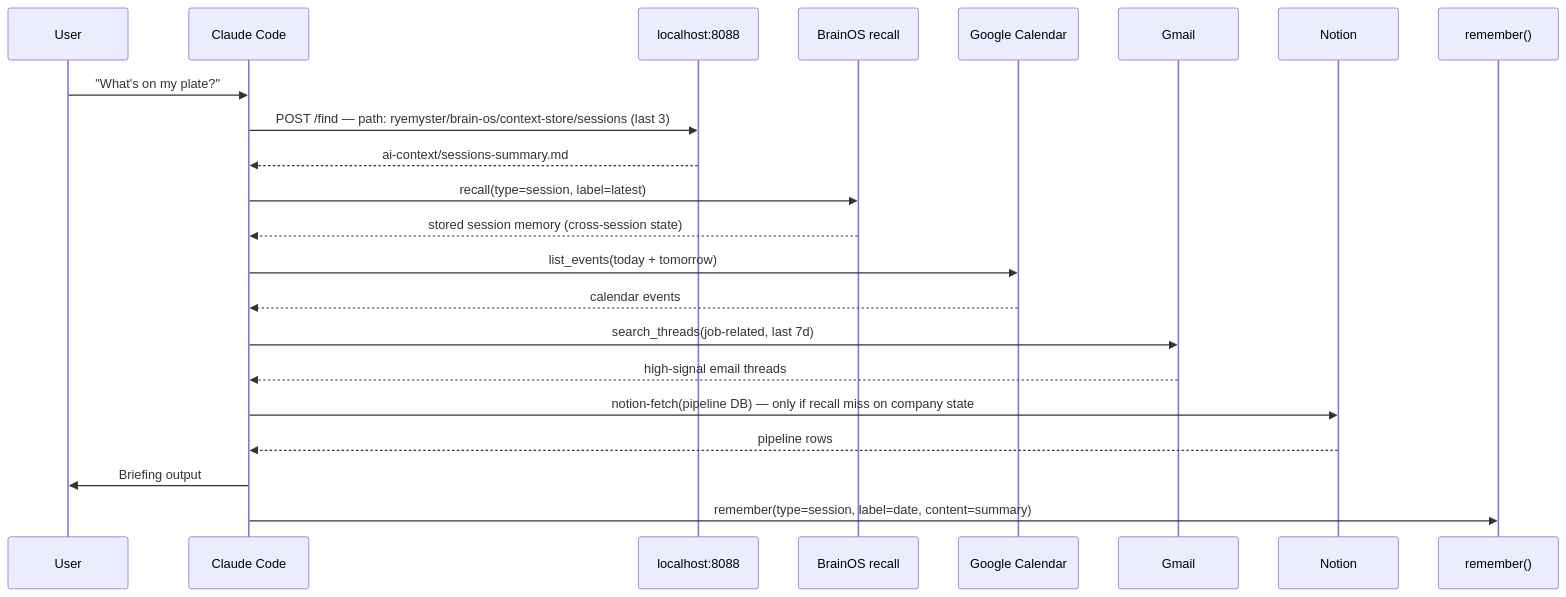
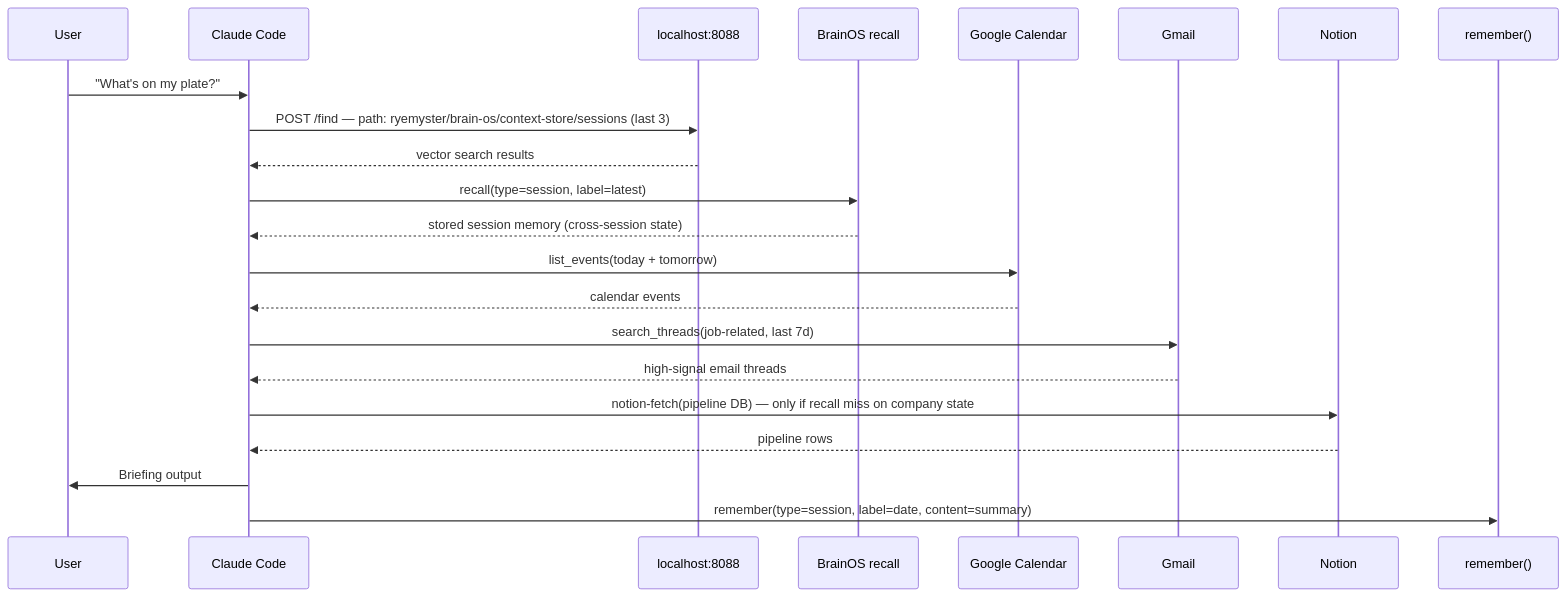
One commit to ryemyster/brain-os changed the second of 5 diagrams in .claude/ARCHITECTURE.md. Above: the diagram before and after it, drawn with Mermaid. The commit also changed other lines of this file and 31 other files, not shown here.

````diff
--- a/.claude/ARCHITECTURE.md
+++ b/.claude/ARCHITECTURE.md
@@ -84,25 +83,25 @@
 ```mermaid
 sequenceDiagram
     participant U as User
     participant CC as Claude Code
     participant CE as localhost:8088
     participant R as BrainOS recall
     participant GC as Google Calendar
     participant GM as Gmail
     participant NO as Notion
     participant W as remember()
 
     U->>CC: "What's on my plate?"
     CC->>CE: POST /find — path: ryemyster/brain-os/context-store/sessions (last 3)
-    CE-->>CC: ai-context/sessions-summary.md
+    CE-->>CC: vector search results
     CC->>R: recall(type=session, label=latest)
     R-->>CC: stored session memory (cross-session state)
     CC->>GC: list_events(today + tomorrow)
     GC-->>CC: calendar events
     CC->>GM: search_threads(job-related, last 7d)
     GM-->>CC: high-signal email threads
     CC->>NO: notion-fetch(pipeline DB) — only if recall miss on company state
     NO-->>CC: pipeline rows
     CC->>U: Briefing output
     CC->>W: remember(type=session, label=date, content=summary)
 ```
````
